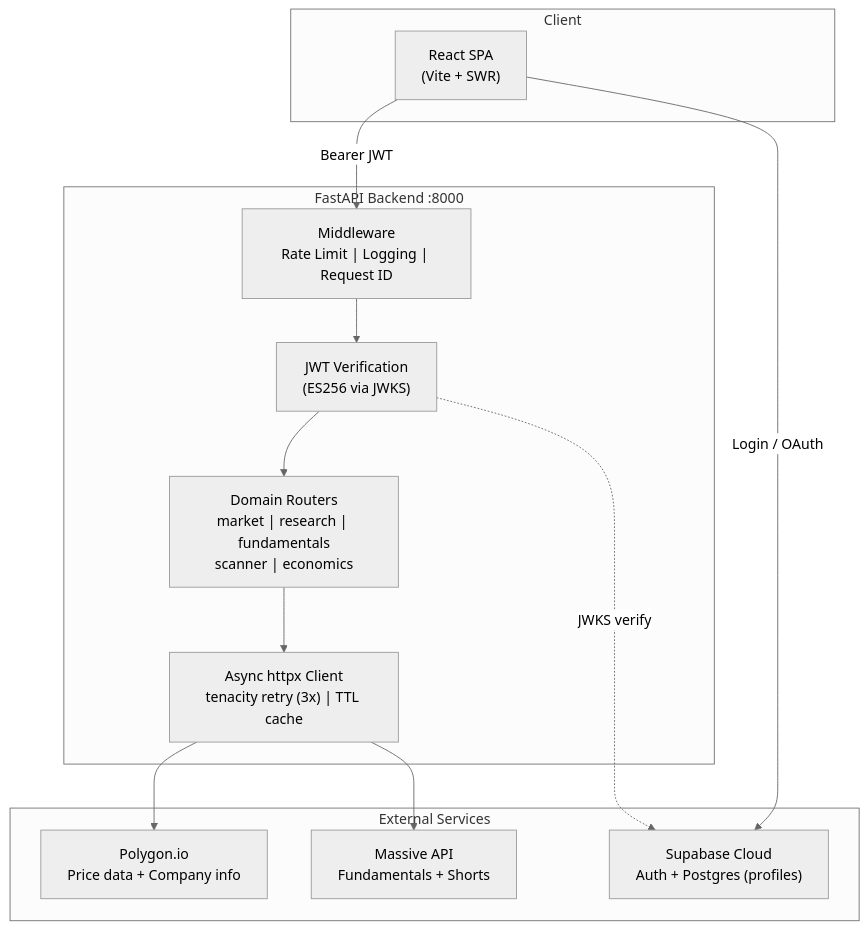
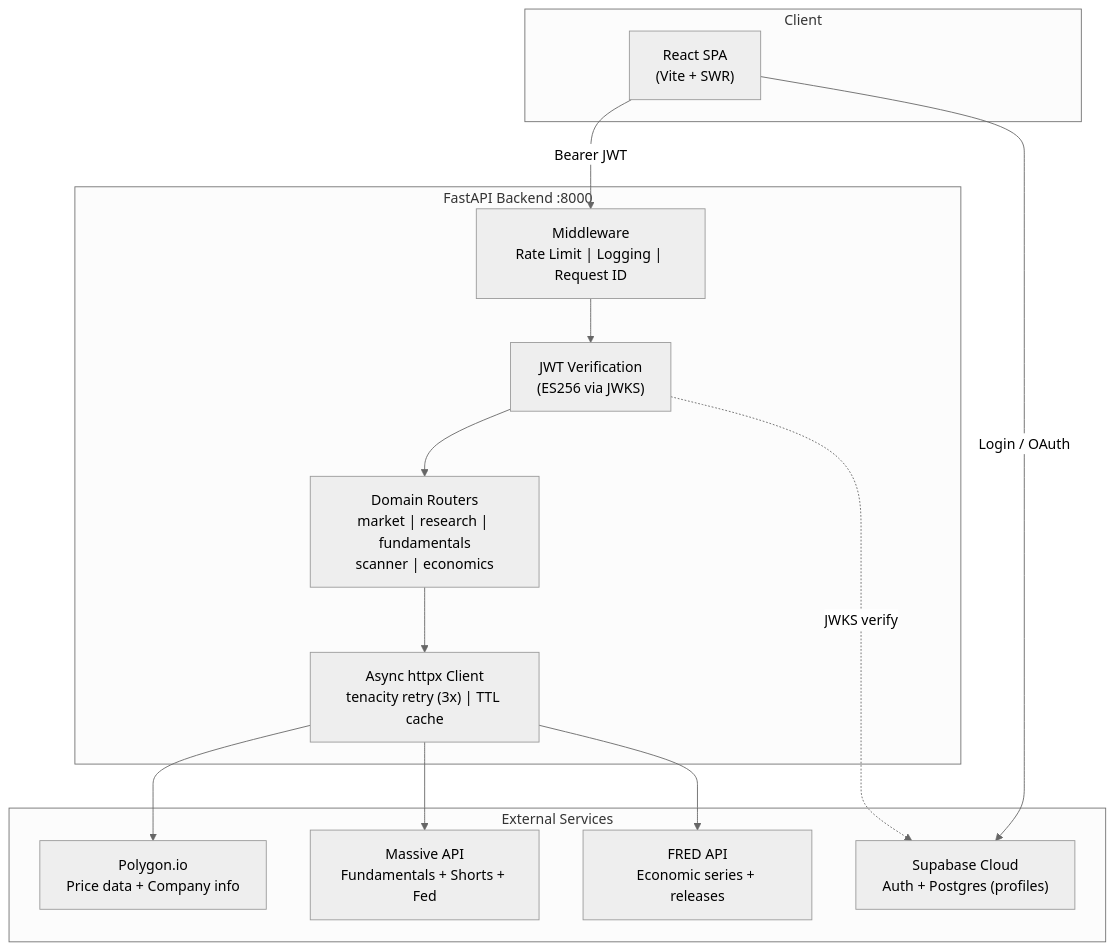
One commit to eshaank/finance-dashboard changed the first of 5 diagrams in project-docs/ARCHITECTURE.md. Above: the diagram before and after it, drawn with Mermaid (neutral theme). The commit also changed other lines of this file and 23 other files, not shown here.

Commit message:
adding FRED api and Massive endpoints for US Economic data. Needs lots of work

````diff
--- a/project-docs/ARCHITECTURE.md
+++ b/project-docs/ARCHITECTURE.md
@@ -12,28 +12,30 @@
 ```mermaid
 graph TB
     subgraph Client
         Browser["React SPA<br/>(Vite + SWR)"]
     end
 
     subgraph Backend["FastAPI Backend :8000"]
         MW["Middleware<br/>Rate Limit | Logging | Request ID"]
         Auth["JWT Verification<br/>(ES256 via JWKS)"]
         Domains["Domain Routers<br/>market | research | fundamentals<br/>scanner | economics"]
         HTTP["Async httpx Client<br/>tenacity retry (3x) | TTL cache"]
     end
 
     subgraph External["External Services"]
         Polygon["Polygon.io<br/>Price data + Company info"]
-        Massive["Massive API<br/>Fundamentals + Shorts"]
+        Massive["Massive API<br/>Fundamentals + Shorts + Fed"]
+        FRED["FRED API<br/>Economic series + releases"]
         Supabase["Supabase Cloud<br/>Auth + Postgres (profiles)"]
     end
 
     Browser -->|"Bearer JWT"| MW
     MW --> Auth
     Auth --> Domains
     Domains --> HTTP
     HTTP --> Polygon
     HTTP --> Massive
+    HTTP --> FRED
     Browser -->|"Login / OAuth"| Supabase
     Auth -.->|"JWKS verify"| Supabase
 ```
````
